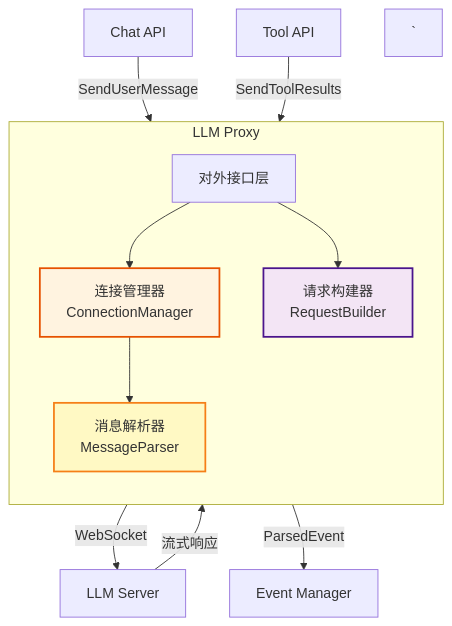
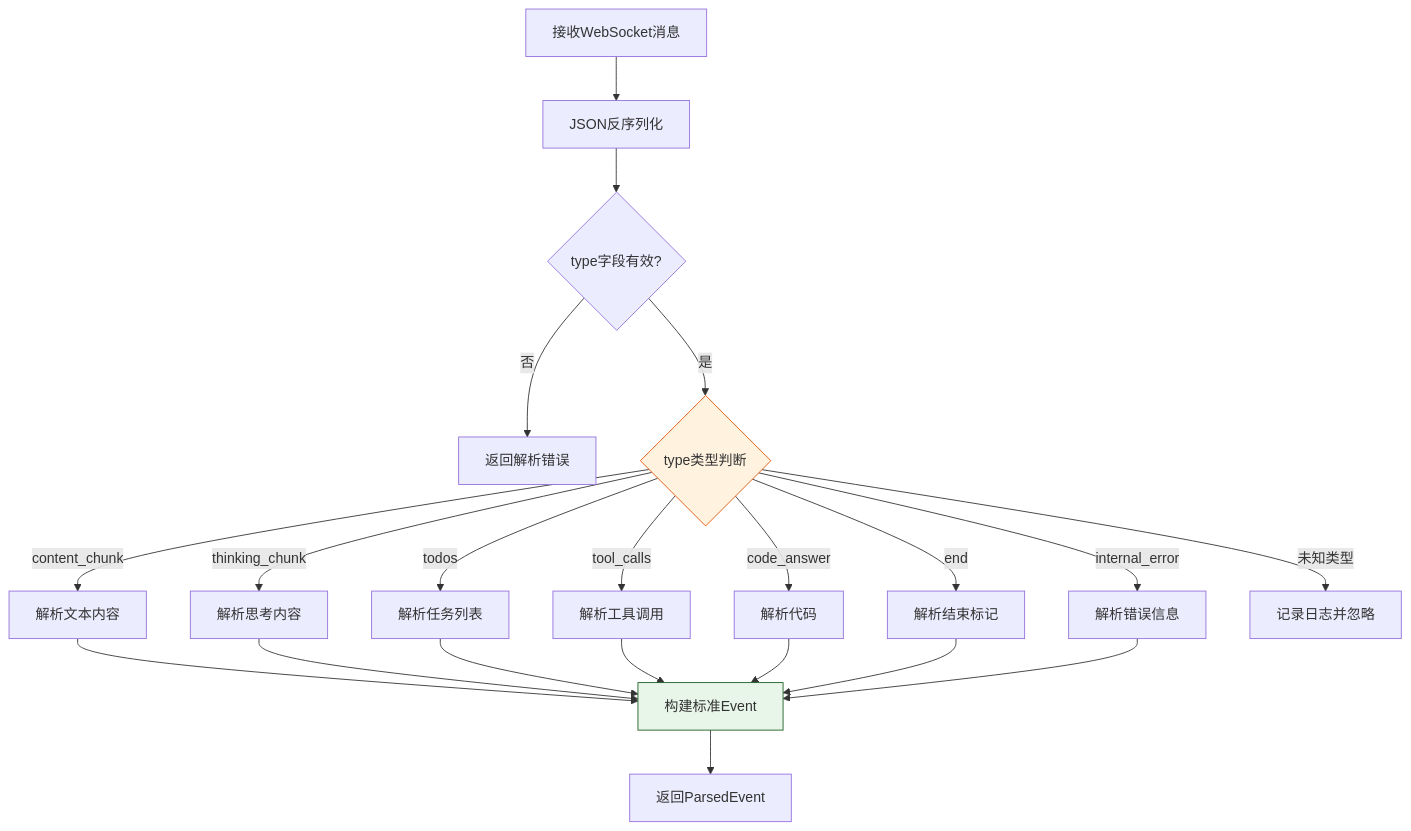
Before and after one commit to yingjianzh/iodraw-files: the diagram in all/未命名-10.md, drawn with Mermaid.

Commit message:
2025-12-26 10:31:56 update

````diff
--- a/all/未命名-10.md
+++ b/all/未命名-10.md
@@ -1,27 +1,29 @@
 ```mermaid
-graph TB
-    subgraph LLMProxy[LLM Proxy]
-        direction TB
-        API[对外接口层]
-        ConnMgr[连接管理器<br/>ConnectionManager]
-        ReqBuilder[请求构建器<br/>RequestBuilder]
-        MsgParser[消息解析器<br/>MessageParser]
-    end
+graph TD
+    A[接收WebSocket消息] --> B[JSON反序列化]
+    B --> C{type字段有效?}
+    C -->|否| D[返回解析错误]
+    C -->|是| E{type类型判断}
     
-    ChatAPI[Chat API] -->|SendUserMessage| API
-    ToolAPI[Tool API] -->|SendToolResults| API
+    E -->|content_chunk| F[解析文本内容]
+    E -->|thinking_chunk| G[解析思考内容]
+    E -->|todos| H[解析任务列表]
+    E -->|tool_calls| I[解析工具调用]
+    E -->|code_answer| J[解析代码]
+    E -->|end| K[解析结束标记]
+    E -->|internal_error| L[解析错误信息]
+    E -->|未知类型| M[记录日志并忽略]
     
-    API --> ConnMgr
-    API --> ReqBuilder
+    F --> N[构建标准Event]
+    G --> N
+    H --> N
+    I --> N
+    J --> N
+    K --> N
+    L --> N
     
-    ConnMgr -->|WebSocket| LLMServer[LLM Server]
-    LLMServer -->|流式响应| ConnMgr
+    N --> O[返回ParsedEvent]
     
-    ConnMgr --> MsgParser
-    MsgParser -->|ParsedEvent| EventMgr[Event Manager]
-    
-    style ConnMgr fill:#fff3e0,stroke:#e65100,stroke-width:2px
-    style MsgParser fill:#fff9c4,stroke:#f57f17,stroke-width:2px
-    style ReqBuilder fill:#f3e5f5,stroke:#4a148c,stroke-width:2px
-`
+    style E fill:#fff3e0,stroke:#e65100
+    style N fill:#e8f5e9,stroke:#1b5e20
 ```
````
